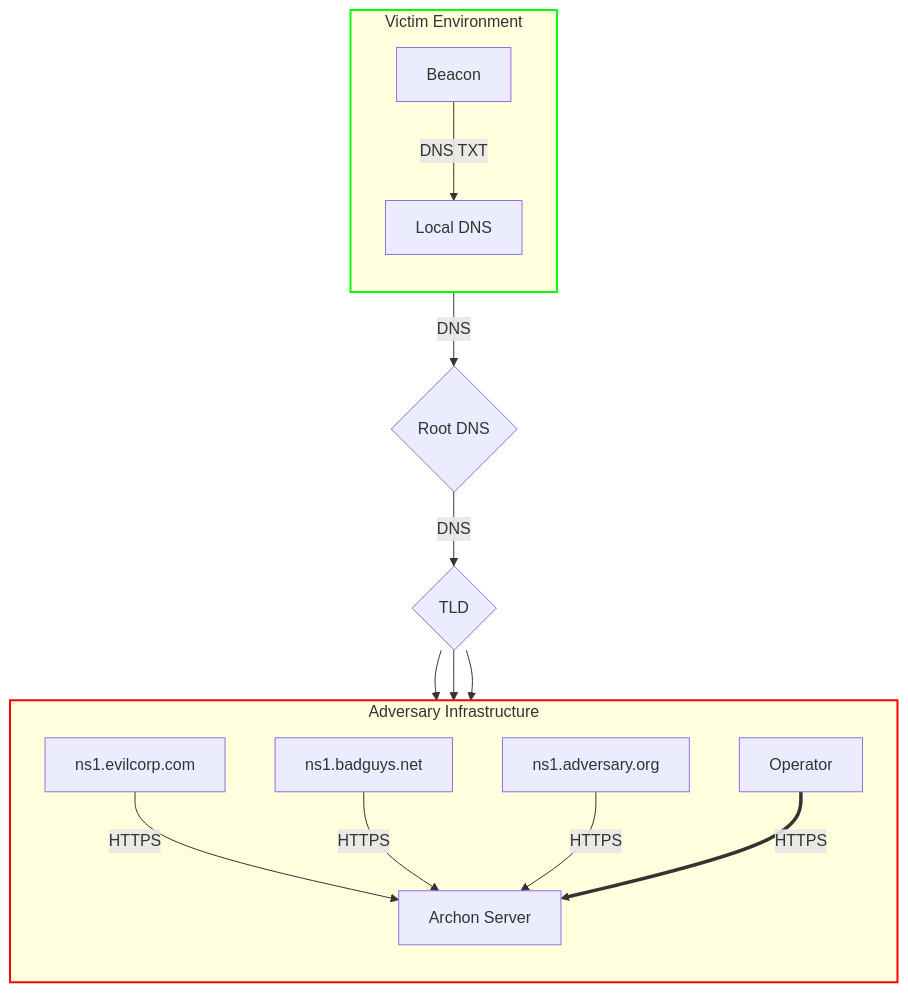
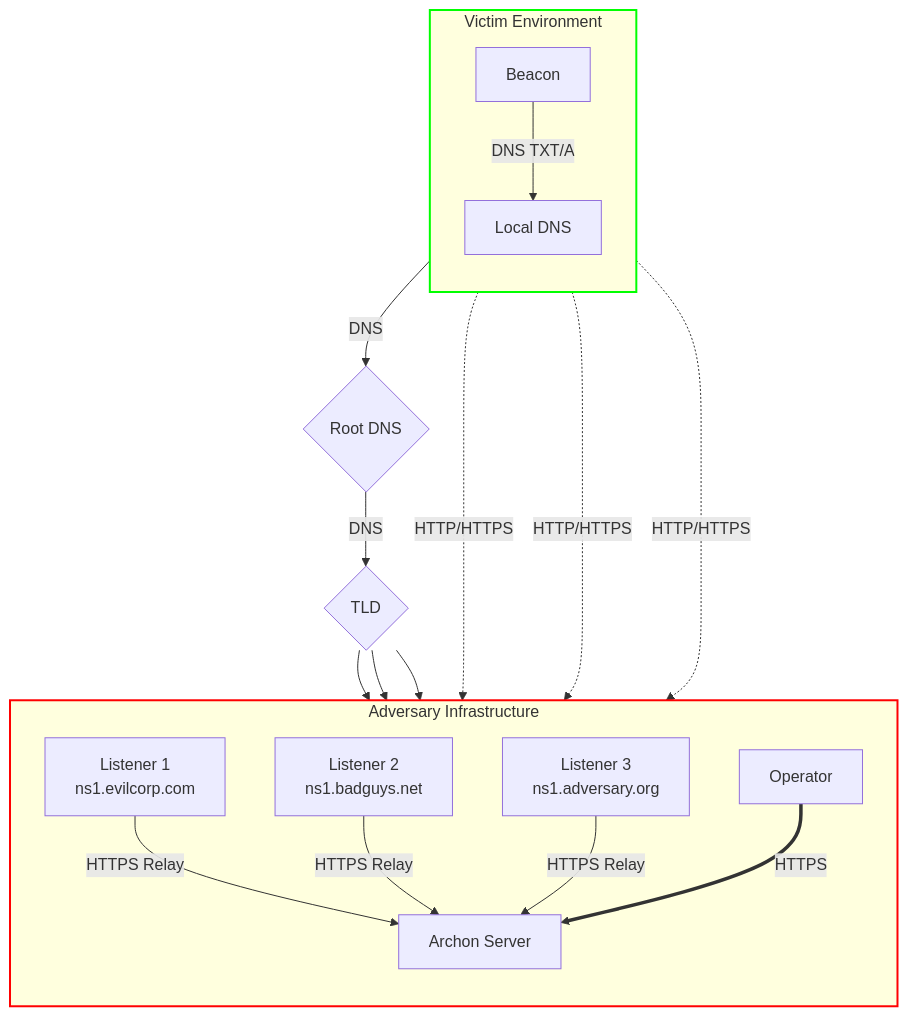
One commit to abb3rrant/Unkn0wnC2 changed the first of 4 diagrams in README.md. Above: the diagram before and after it, drawn with Mermaid. The commit also changed other lines of this file, not shown here.

Commit message:
docs: update README for HTTP transport

````diff
--- a/README.md
+++ b/README.md
@@ -386,25 +408,26 @@
 ```mermaid
 flowchart TB
     subgraph Victim["Victim Environment"]
         direction TB
-        A[Beacon] -->|DNS TXT| B[Local DNS]
+        A[Beacon] -->|DNS TXT/A| B[Local DNS]
     end
-    
+
     B -->|DNS| C{Root DNS}
     C -->|DNS| D{TLD}
     D --> E & F & G
+    A -.->|HTTP/HTTPS| E & F & G
 
     subgraph Adversary["Adversary Infrastructure"]
         direction TB
-        E[ns1.evilcorp.com] -->|HTTPS| H
-        F[ns1.badguys.net] -->|HTTPS| H
-        G[ns1.adversary.org] -->|HTTPS| H
+        E[Listener 1<br/>ns1.evilcorp.com] -->|HTTPS Relay| H
+        F[Listener 2<br/>ns1.badguys.net] -->|HTTPS Relay| H
+        G[Listener 3<br/>ns1.adversary.org] -->|HTTPS Relay| H
         H[Archon Server]
         I[Operator] ==>|HTTPS| H
     end
 
 classDef victim stroke:#0f0,stroke-width:2px
 classDef adversary stroke:#f00,stroke-width:2px
 class Victim victim
 class Adversary adversary
 ```
````
